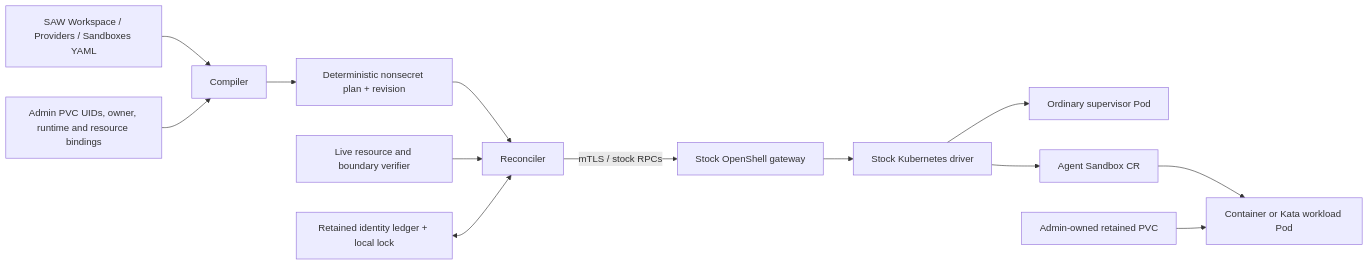
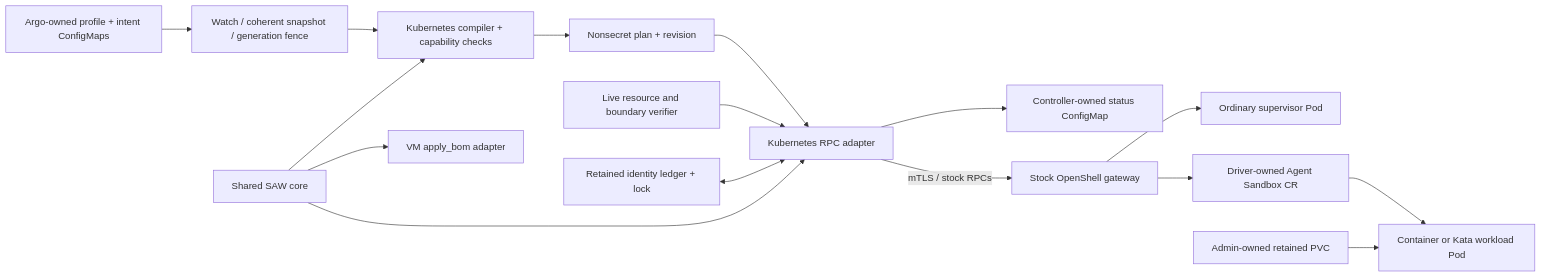
Before and after one commit to pmatouse/secure-agent-workspace: the diagram in kubernetes-runtime/README.md, drawn with Mermaid. The commit also changed other lines of this file and 24 other files, not shown here.

Commit message:
Share SAW profile core and add ConfigMap reconciliation

````diff
--- a/kubernetes-runtime/README.md
+++ b/kubernetes-runtime/README.md
@@ -26,15 +28,18 @@
 ```mermaid
 flowchart LR
-  Profile[SAW Workspace / Providers / Sandboxes YAML] --> Compiler
-  Admin[Admin PVC UIDs, owner, runtime and resource bindings] --> Compiler
-  Compiler --> Plan[Deterministic nonsecret plan + revision]
+  Argo[Argo-owned profile + intent ConfigMaps] --> Front[Watch / coherent snapshot / generation fence]
+  Front --> Compiler[Kubernetes compiler + capability checks]
+  Core[Shared SAW core] --> Compiler
+  Core --> VM[VM apply_bom adapter]
+  Core --> Reconciler[Kubernetes RPC adapter]
+  Compiler --> Plan[Nonsecret plan + revision]
   Plan --> Reconciler
   Checks[Live resource and boundary verifier] --> Reconciler
-  State[Retained identity ledger + local lock] <--> Reconciler
+  State[Retained identity ledger + lock] <--> Reconciler
+  Reconciler --> Status[Controller-owned status ConfigMap]
   Reconciler -->|mTLS / stock RPCs| Gateway[Stock OpenShell gateway]
-  Gateway --> Driver[Stock Kubernetes driver]
-  Driver --> Supervisor[Ordinary supervisor Pod]
-  Driver --> Sandbox[Agent Sandbox CR]
+  Gateway --> Supervisor[Ordinary supervisor Pod]
+  Gateway --> Sandbox[Driver-owned Agent Sandbox CR]
   Sandbox --> Workload[Container or Kata workload Pod]
   PVC[Admin-owned retained PVC] --> Workload
 ```
````
